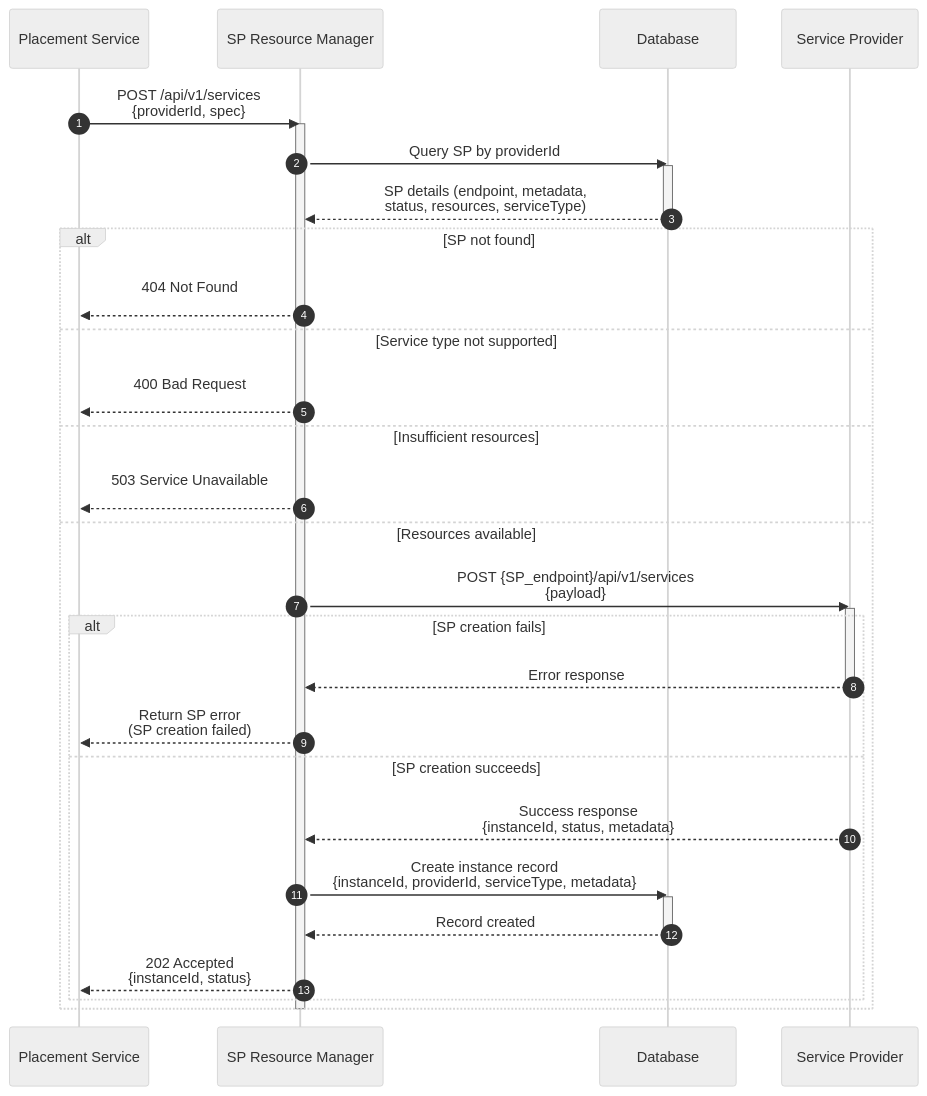
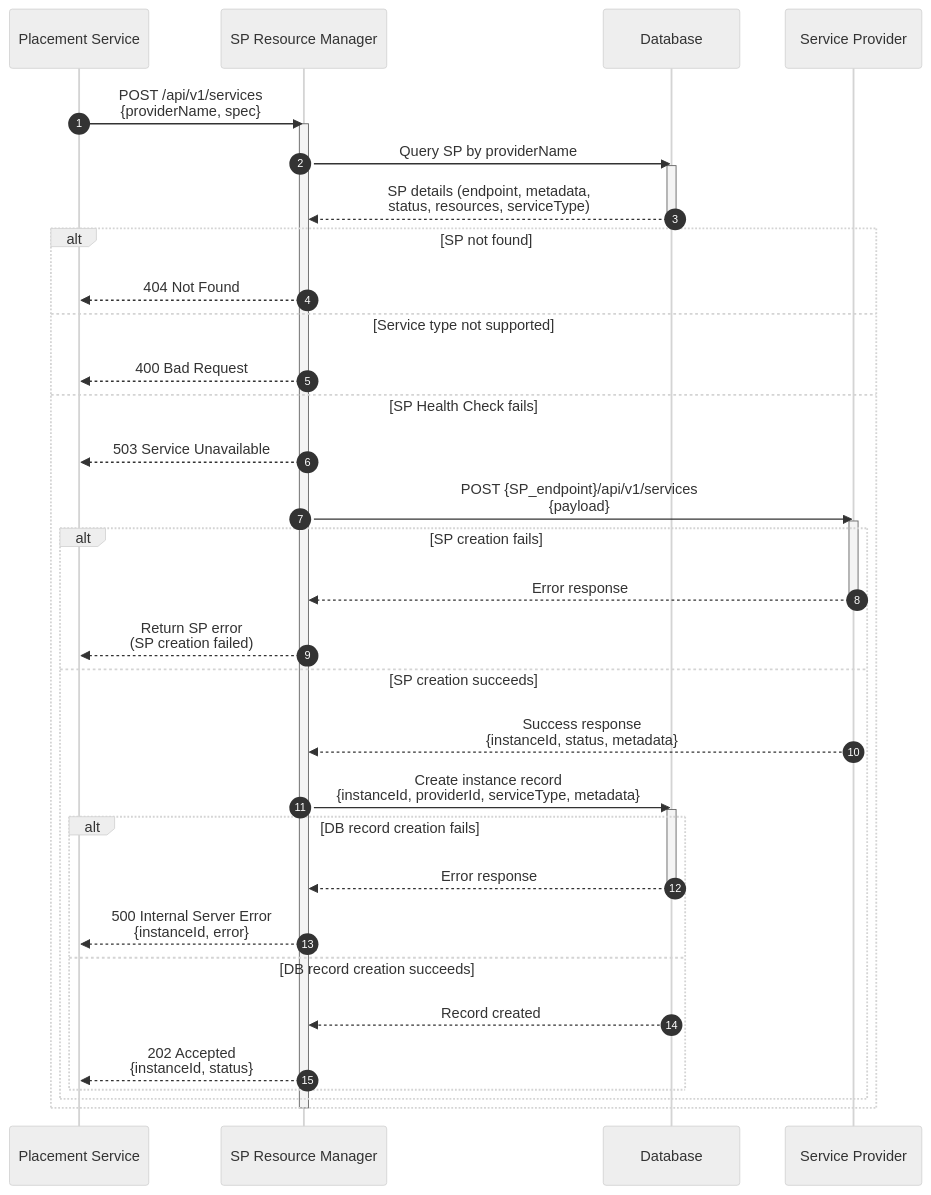
Before and after one commit to dcm-project/enhancements: the diagram in enhancements/sp-resource-manager/sp-resource-manager.md, drawn with Mermaid (neutral theme). The commit also changed other lines of this file, not shown here.

Commit message:
update sequence diagram

````diff
--- a/enhancements/sp-resource-manager/sp-resource-manager.md
+++ b/enhancements/sp-resource-manager/sp-resource-manager.md
@@ -162,45 +161,49 @@
 ```mermaid
 sequenceDiagram
     autonumber
     participant PS as Placement Service
     participant SPRM as SP Resource Manager
     participant DB as Database
     participant SP as Service Provider
 
-    PS->>SPRM: POST /api/v1/services<br/>{providerId, spec}
+    PS->>SPRM: POST /api/v1/services<br/>{providerName, spec}
     activate SPRM
 
 
-    SPRM->>DB: Query SP by providerId
+    SPRM->>DB: Query SP by providerName
     activate DB
     DB-->>SPRM: SP details (endpoint, metadata,<br/>status, resources, serviceType)
     deactivate DB
 
     alt SP not found
-        SPRM-->>PS: 404 Not Found<br/>
+        SPRM-->>PS: 404 Not Found
     else Service type not supported
-        SPRM-->>PS: 400 Bad Request<br/>
-    else Insufficient resources
-        SPRM-->>PS: 503 Service Unavailable<br/>
-    else Resources available
+        SPRM-->>PS: 400 Bad Request
+    else SP Health Check fails
+        SPRM-->>PS: 503 Service Unavailable       
 
         SPRM->>SP: POST {SP_endpoint}/api/v1/services<br/>{payload}
         activate SP
 
         alt SP creation fails
             SP-->>SPRM: Error response
             deactivate SP
             SPRM-->>PS: Return SP error<br/>(SP creation failed)
         else SP creation succeeds
             SP-->>SPRM: Success response<br/>{instanceId, status, metadata}
             SPRM->>DB: Create instance record<br/>{instanceId, providerId, serviceType, metadata}
             activate DB
-            DB-->>SPRM: Record created
-            deactivate DB
-
-            SPRM-->>PS: 202 Accepted<br/>{instanceId, status}
+            
+            alt DB record creation fails
+                DB-->>SPRM: Error response
+                deactivate DB
+                SPRM-->>PS: 500 Internal Server Error<br/>{instanceId, error}
+            
+            else DB record creation succeeds
+                DB-->>SPRM: Record created
+                SPRM-->>PS: 202 Accepted<br/>{instanceId, status}
+            end
         end
     end
-
     deactivate SPRM
 ```
````
